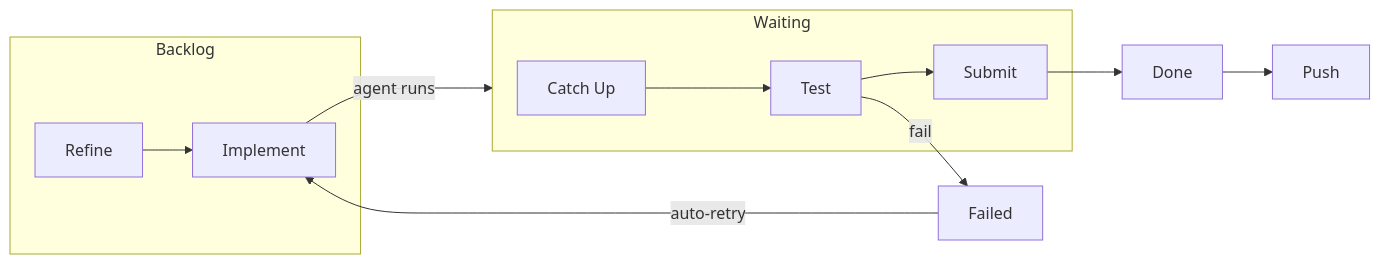
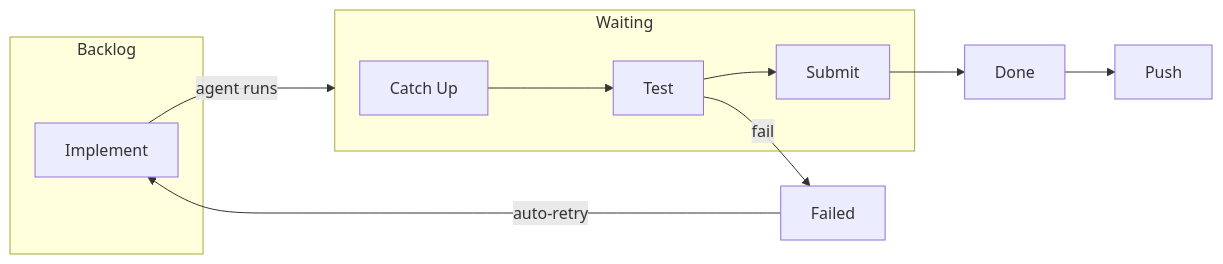
One commit to changkun/wallfacer changed the diagram in docs/guide/automation.md. Above: the diagram before and after it, drawn with Mermaid. The commit also changed other lines of this file, not shown here.

First line of the commit message:
docs(guide): drop phantom refine stage and reframe breaker in automation

````diff
--- a/docs/guide/automation.md
+++ b/docs/guide/automation.md
@@ -96,14 +99,14 @@
 ```mermaid
 flowchart LR
     subgraph Backlog
-        Refine --> Implement
+        Implement
     end
     Implement -->|agent runs| Waiting
     subgraph Waiting
         CatchUp[Catch Up] --> Test --> Submit
     end
     Submit --> Done
     Done --> Push
     Test -->|fail| Failed
     Failed -->|auto-retry| Implement
 ```
````
